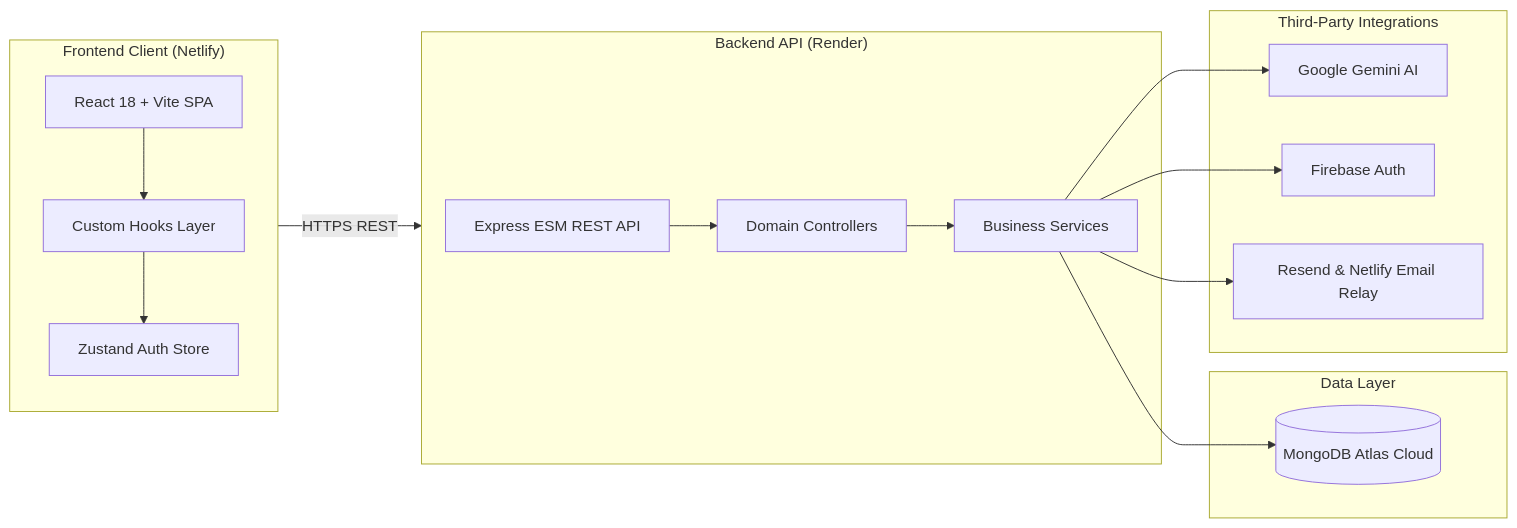
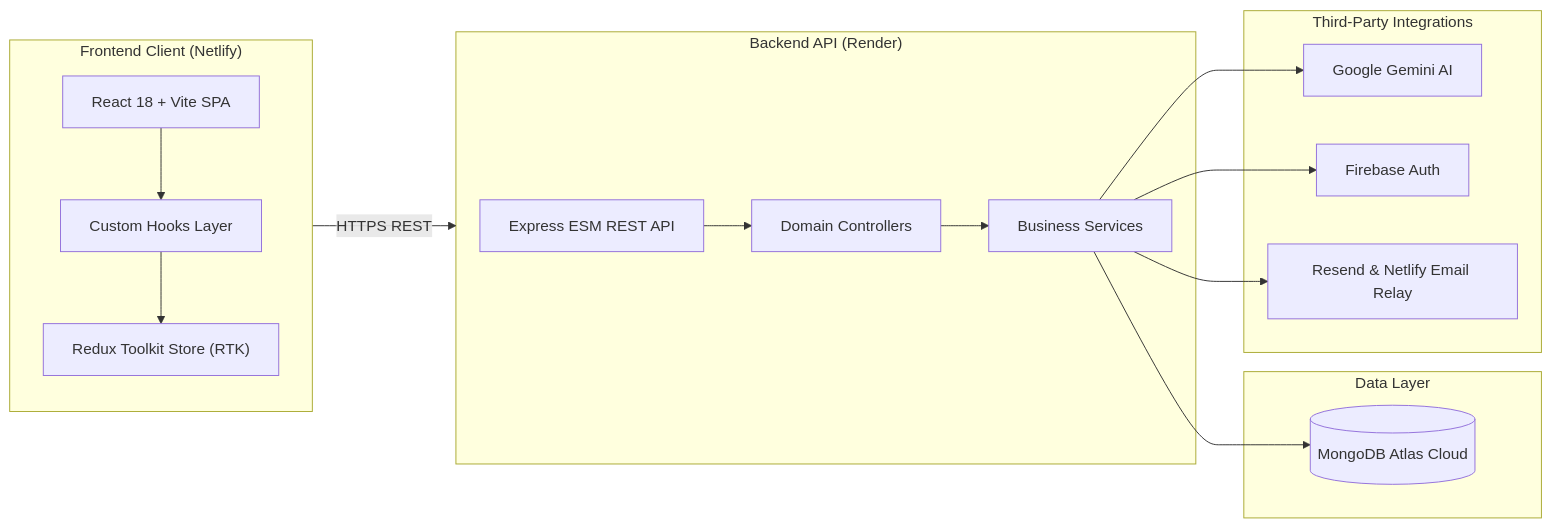
Before and after one commit to Arbaz2402/nomadly-travel: the diagram in README.md, drawn with Mermaid. The commit also changed other lines of this file, not shown here.

Commit message:
docs: update README architecture, stack, and structure to reflect Redux Toolkit

````diff
--- a/README.md
+++ b/README.md
@@ -41,32 +41,32 @@
 ```mermaid
 flowchart LR
     subgraph Client["Frontend Client (Netlify)"]
         UI["React 18 + Vite SPA"]
-        Store["Zustand Auth Store"]
+        Store["Redux Toolkit Store (RTK)"]
         Hooks["Custom Hooks Layer"]
         UI --> Hooks --> Store
     end
 
     subgraph Backend["Backend API (Render)"]
         Express["Express ESM REST API"]
         Controllers["Domain Controllers"]
         Services["Business Services"]
         Express --> Controllers --> Services
     end
 
     subgraph Database["Data Layer"]
         Atlas[("MongoDB Atlas Cloud")]
         Services --> Atlas
     end
 
     subgraph External["Third-Party Integrations"]
         Gemini["Google Gemini AI"]
         Firebase["Firebase Auth"]
         Resend["Resend & Netlify Email Relay"]
         Services --> Gemini
         Services --> Firebase
         Services --> Resend
     end
 
     Client -->|HTTPS REST| Backend
 ```
````
